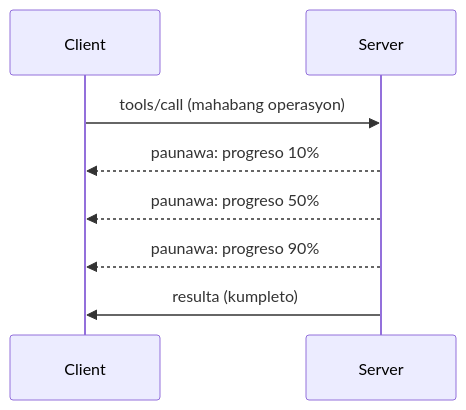
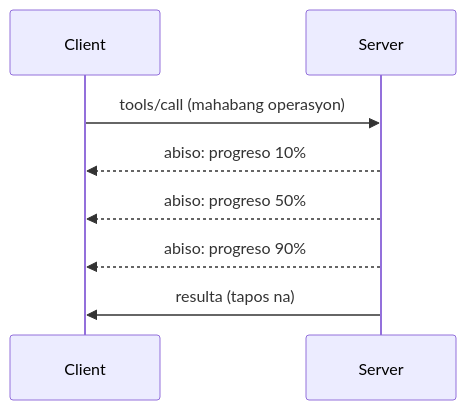
The diagram in mcp_ecosystem__model_context_protocol/mcp_learning_resources/mcp-for-beginners/translations/tl/05-AdvancedTopics/mcp-protocol-features/README.md (HIDORAKAI002/ai-workspace-archive), drawn with Mermaid before and after one commit. The commit also changed other lines of this file and 1046 other files, not shown here.

````diff
--- a/mcp_ecosystem__model_context_protocol/mcp_learning_resources/mcp-for-beginners/translations/tl/05-AdvancedTopics/mcp-protocol-features/README.md
+++ b/mcp_ecosystem__model_context_protocol/mcp_learning_resources/mcp-for-beginners/translations/tl/05-AdvancedTopics/mcp-protocol-features/README.md
@@ -22,11 +24,11 @@
 ```mermaid
 sequenceDiagram
     participant Client
     participant Server
     
     Client->>Server: tools/call (mahabang operasyon)
-    Server-->>Client: paunawa: progreso 10%
-    Server-->>Client: paunawa: progreso 50%
-    Server-->>Client: paunawa: progreso 90%
-    Server->>Client: resulta (kumpleto)
+    Server-->>Client: abiso: progreso 10%
+    Server-->>Client: abiso: progreso 50%
+    Server-->>Client: abiso: progreso 90%
+    Server->>Client: resulta (tapos na)
 ```
````
